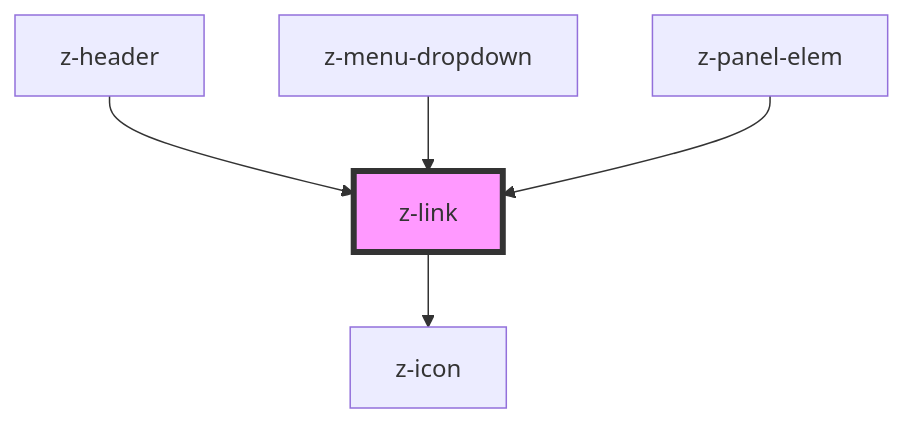
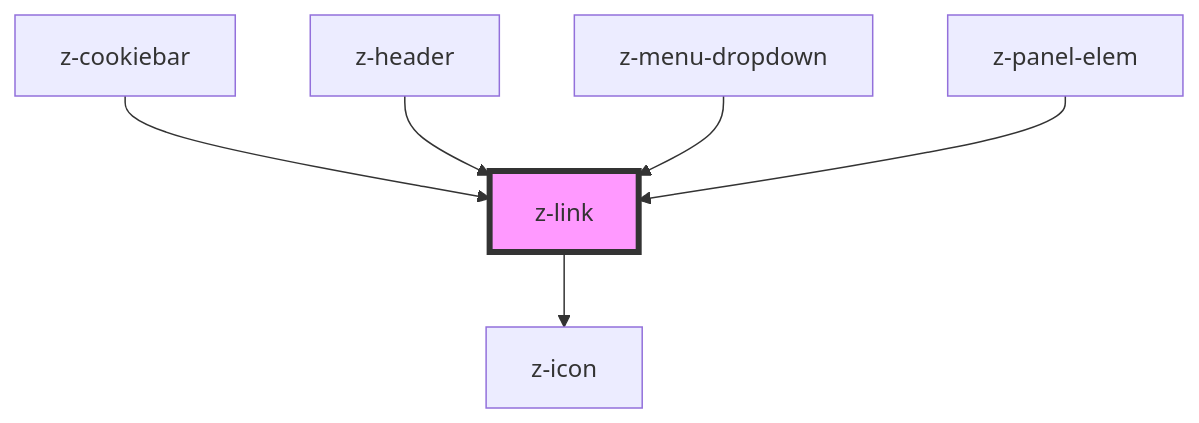
One commit to ZanichelliEditore/design-system changed the diagram in src/components/navigation/z-link/readme.md. Above: the diagram before and after it, drawn with Mermaid. The commit also changed other lines of this file and 2 other files, not shown here.

````diff
--- a/src/components/navigation/z-link/readme.md
+++ b/src/components/navigation/z-link/readme.md
@@ -50,8 +51,9 @@
 ```mermaid
 graph TD;
   z-link --> z-icon
+  z-cookiebar --> z-link
   z-header --> z-link
   z-menu-dropdown --> z-link
   z-panel-elem --> z-link
   style z-link fill:#f9f,stroke:#333,stroke-width:4px
 ```
````
